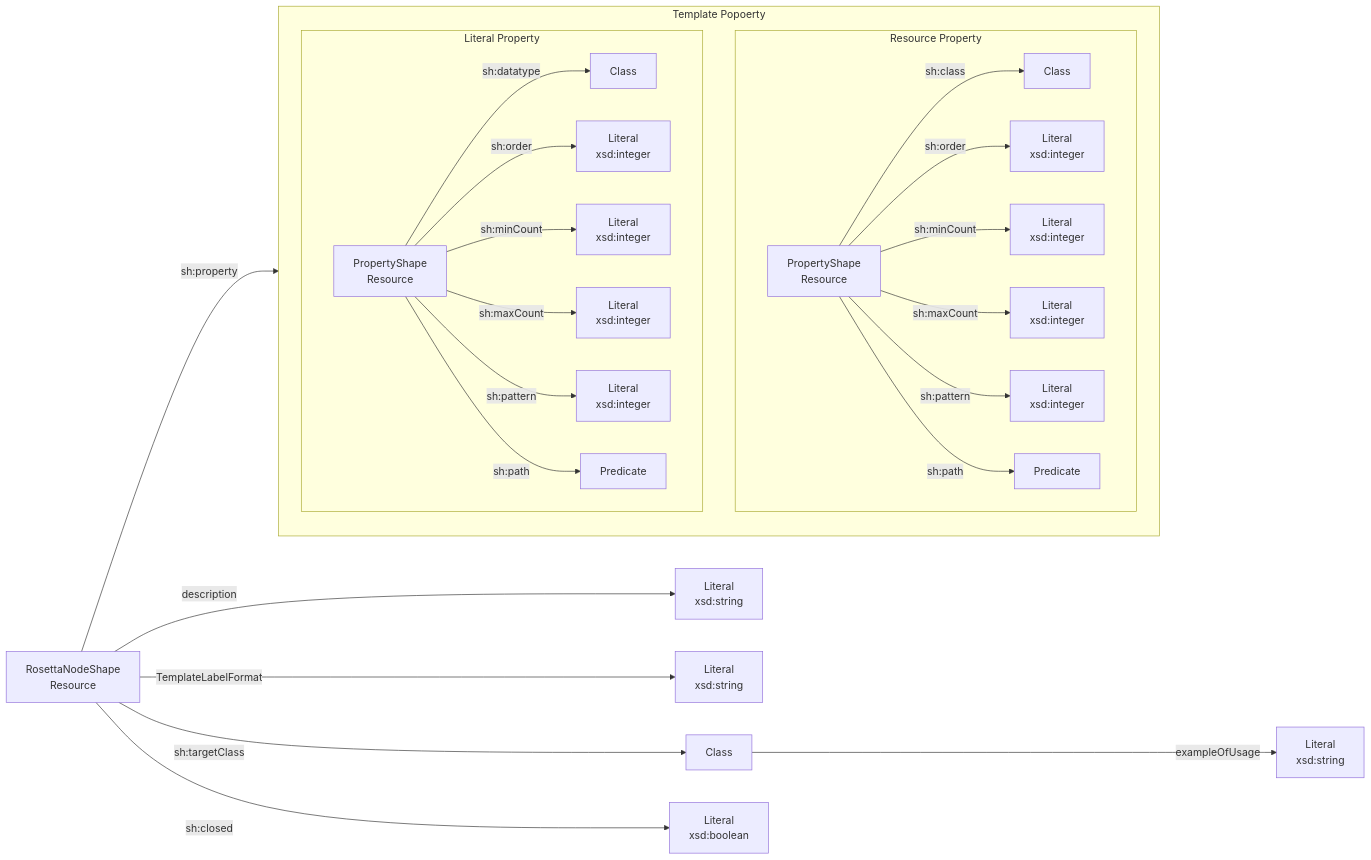
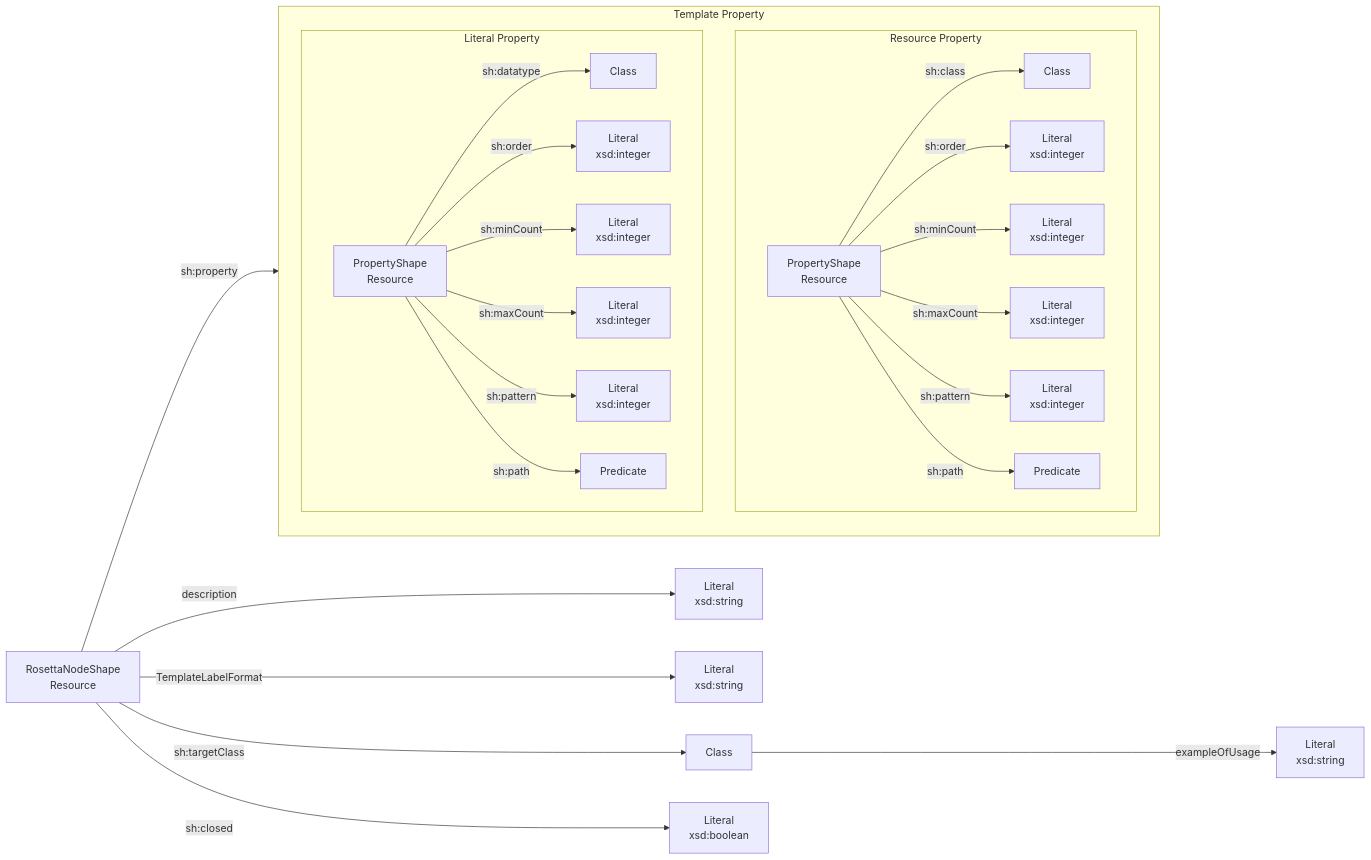
One commit to TIBHannover/orkg-backend changed the diagram in documentation/antora/modules/ROOT/pages/reference/model/rosetta-stone-template.adoc. Above: the diagram before and after it, drawn with Mermaid.

```diff
--- a/documentation/antora/modules/ROOT/pages/reference/model/rosetta-stone-template.adoc
+++ b/documentation/antora/modules/ROOT/pages/reference/model/rosetta-stone-template.adoc
@@ -3,28 +3,28 @@
 [mermaid,width=100%]
 ----
 flowchart LR
     Template[RosettaNodeShape \n Resource] --> |"description"| description[Literal \n xsd:string]
     Template --> |"TemplateLabelFormat"| formattedLabel[Literal \n xsd:string]
 	Template --> |"sh:targetClass"| targetClass
     targetClass[Class] --> |"exampleOfUsage"| usage[Literal \n xsd:string]
-	Template --> |"sh:property"| TemplatePopoerty
-	subgraph TemplatePopoerty[Template Popoerty]
+	Template --> |"sh:property"| TemplateProperty
+	subgraph TemplateProperty[Template Property]
 		subgraph Resource Property
 			ResourceProperty[PropertyShape \n Resource] --> |"sh:class"| klass[Class]
 			ResourceProperty --> |"sh:order"| order[Literal \n xsd:integer]
 			ResourceProperty --> |"sh:minCount"| minCount[Literal \n xsd:integer]
 			ResourceProperty --> |"sh:maxCount"| maxCount[Literal \n xsd:integer]
 			ResourceProperty --> |"sh:pattern"| pattern[Literal \n xsd:integer]
 			ResourceProperty --> |"sh:path"| path[Predicate]
 		end
 		subgraph Literal Property
 			LiteralProperty[PropertyShape \n Resource] --> |"sh:datatype"| datatype[Class]
 			LiteralProperty --> |"sh:order"| literalOrder[Literal \n xsd:integer]
 			LiteralProperty --> |"sh:minCount"| literalMinCount[Literal \n xsd:integer]
 			LiteralProperty --> |"sh:maxCount"| literalMaxCount[Literal \n xsd:integer]
 			LiteralProperty --> |"sh:pattern"| literalPattern[Literal \n xsd:integer]
 			LiteralProperty --> |"sh:path"| literalPath[Predicate]
 		end
 	end
 	Template --> |"sh:closed"| closed[Literal \n xsd:boolean]
 ----
```
